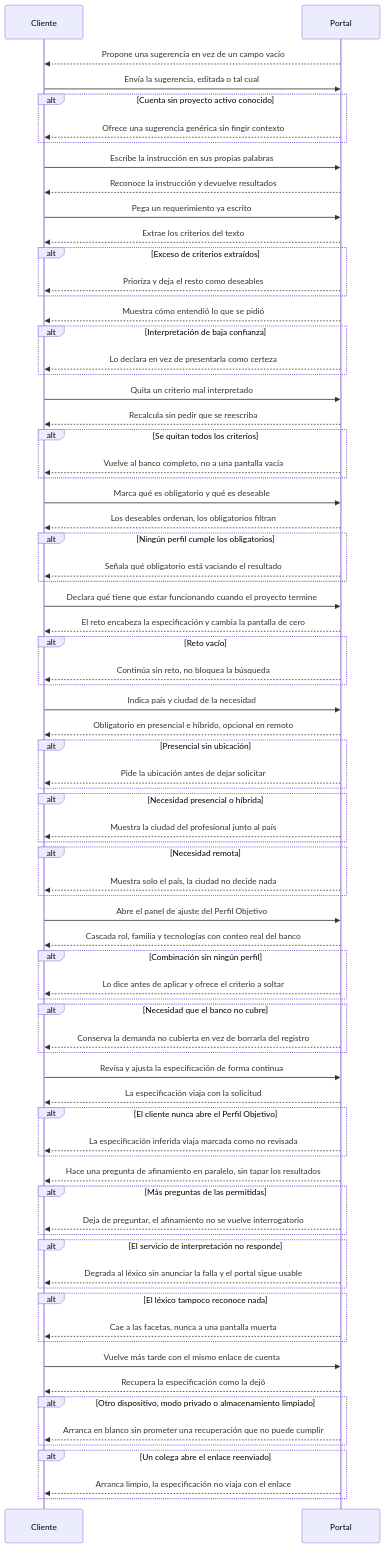
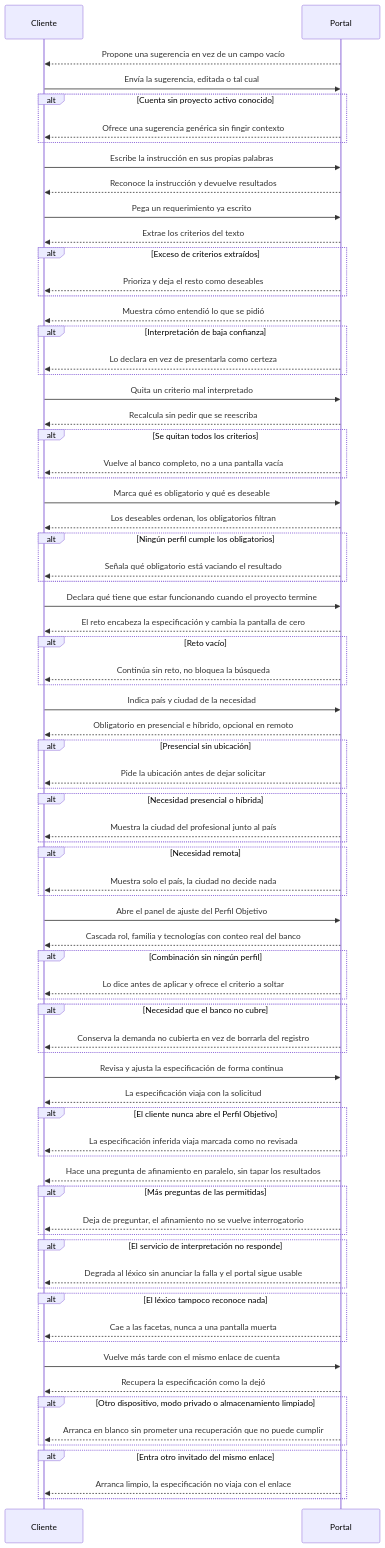
Before and after one commit to JesusSeguraCO/ps-app-neural: the diagram in docs/06-flows/EP-009-instruccion-y-perfil-objetivo.md, drawn with Mermaid. The commit also changed other lines of this file and 98 other files, not shown here.

```diff
--- a/docs/06-flows/EP-009-instruccion-y-perfil-objetivo.md
+++ b/docs/06-flows/EP-009-instruccion-y-perfil-objetivo.md
@@ -169,7 +169,7 @@
   end
 
   %% HU-073
-  alt Un colega abre el enlace reenviado
+  alt Entra otro invitado del mismo enlace
     %% HU-073
     P-->>C: Arranca limpio, la especificación no viaja con el enlace
   end
```
